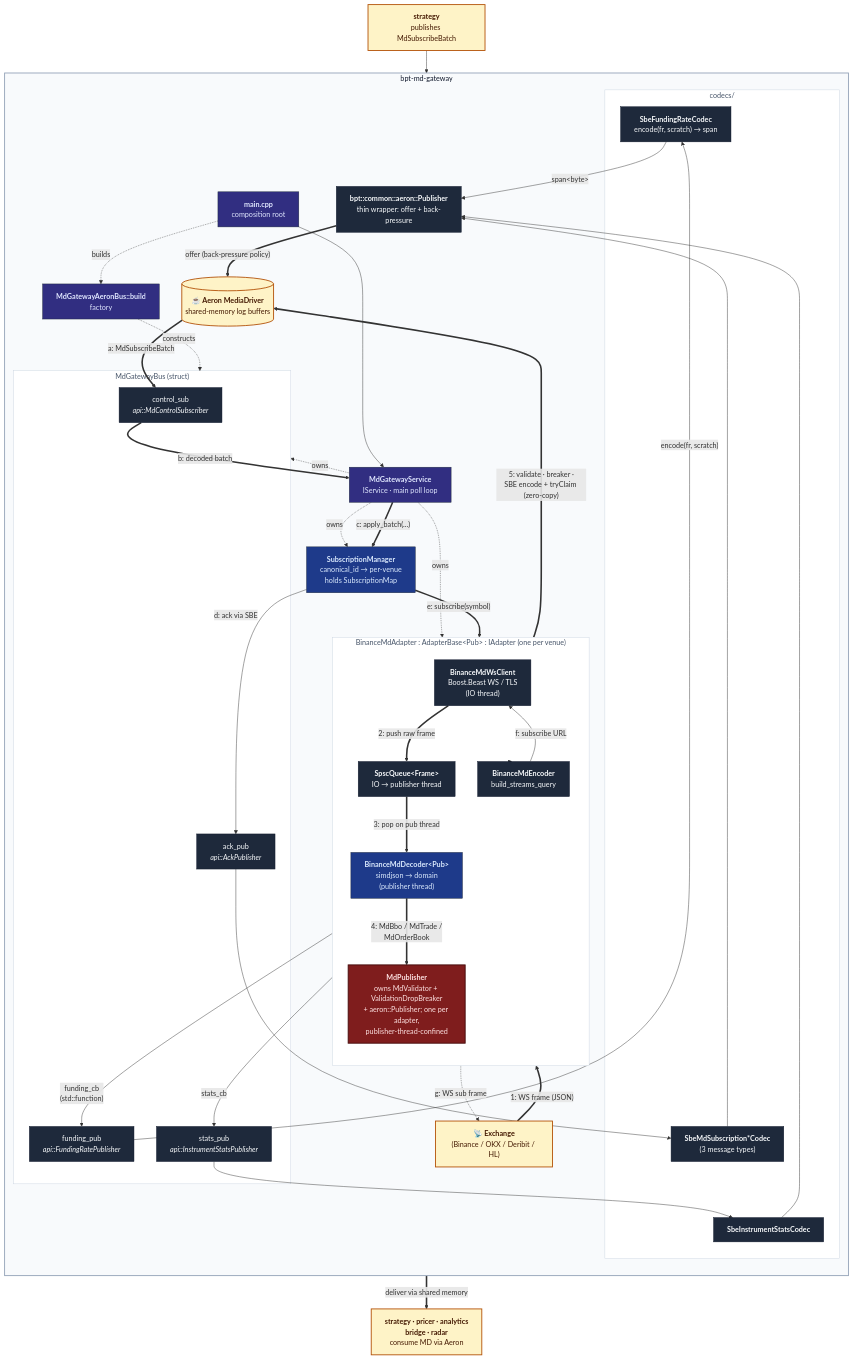
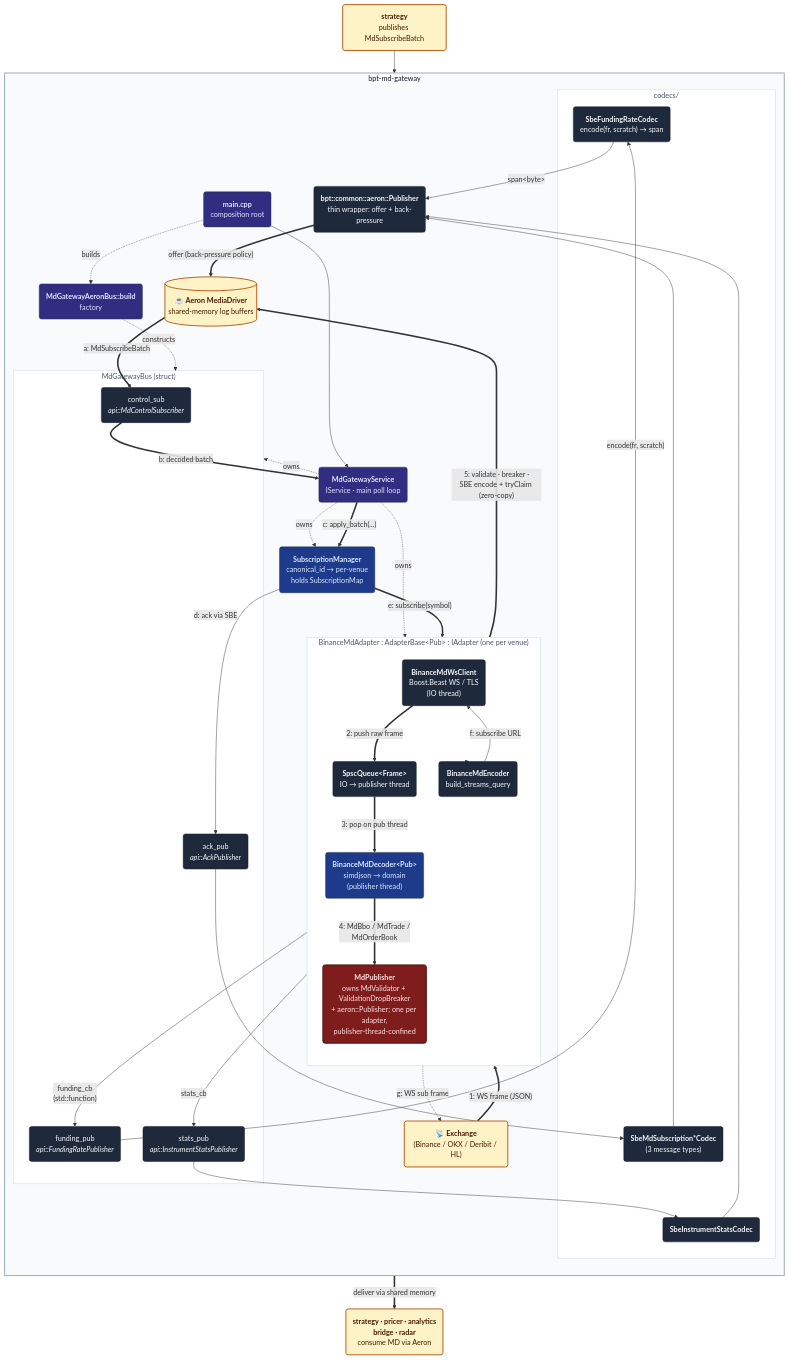
One commit to bishanparktrading/bpt-core changed the second of 2 diagrams in bpt-md-gateway/README.md. Above: the diagram before and after it, drawn with Mermaid. The commit also changed other lines of this file, not shown here.

First line of the commit message:
mdgw: redesign at-a-glance diagram (trading-terminal palette)

```diff
--- a/bpt-md-gateway/README.md
+++ b/bpt-md-gateway/README.md
@@ -82,43 +116,43 @@
   }
 }}%%
 flowchart TD
-    venue["📡 <b>Exchange</b><br/>(Binance / OKX / Deribit / HL)"]
-    strat_in["<b>strategy</b><br/>publishes MdSubscribeBatch"]
-    consumers["<b>strategy · pricer · analytics<br/>bridge · radar</b><br/>consume MD via Aeron"]
+    venue("📡 <b>Exchange</b><br/>(Binance / OKX / Deribit / HL)")
+    strat_in("<b>strategy</b><br/>publishes MdSubscribeBatch")
+    consumers("<b>strategy · pricer · analytics<br/>bridge · radar</b><br/>consume MD via Aeron")
     aeron[("☕ <b>Aeron MediaDriver</b><br/>shared-memory log buffers")]
 
     subgraph mdgw["bpt-md-gateway"]
         direction TB
 
-        main["<b>main.cpp</b><br/>composition root"]
-        service["<b>MdGatewayService</b><br/>IService · main poll loop"]
-        factory["<b>MdGatewayAeronBus::build</b><br/>factory"]
+        main("<b>main.cpp</b><br/>composition root")
+        service("<b>MdGatewayService</b><br/>IService · main poll loop")
+        factory("<b>MdGatewayAeronBus::build</b><br/>factory")
 
         subgraph bus["MdGatewayBus (struct)"]
-            ctrl_sub["control_sub<br/><i>api::MdControlSubscriber</i>"]
-            ack_pub["ack_pub<br/><i>api::AckPublisher</i>"]
-            funding_pub["funding_pub<br/><i>api::FundingRatePublisher</i>"]
-            stats_pub["stats_pub<br/><i>api::InstrumentStatsPublisher</i>"]
+            ctrl_sub("control_sub<br/><i>api::MdControlSubscriber</i>")
+            ack_pub("ack_pub<br/><i>api::AckPublisher</i>")
+            funding_pub("funding_pub<br/><i>api::FundingRatePublisher</i>")
+            stats_pub("stats_pub<br/><i>api::InstrumentStatsPublisher</i>")
         end
 
-        sub_mgr["<b>SubscriptionManager</b><br/>canonical_id → per-venue<br/>holds SubscriptionMap"]
+        sub_mgr("<b>SubscriptionManager</b><br/>canonical_id → per-venue<br/>holds SubscriptionMap")
 
         subgraph adapter["BinanceMdAdapter : AdapterBase&lt;Pub&gt; : IAdapter (one per venue)"]
             direction TB
-            ws_client["<b>BinanceMdWsClient</b><br/>Boost.Beast WS / TLS<br/>(IO thread)"]
-            queue["<b>SpscQueue&lt;Frame&gt;</b><br/>IO → publisher thread"]
-            decoder["<b>BinanceMdDecoder&lt;Pub&gt;</b><br/>simdjson → domain<br/>(publisher thread)"]
-            md_pub["<b>MdPublisher</b><br/>owns MdValidator + ValidationDropBreaker<br/>+ aeron::Publisher; one per adapter,<br/>publisher-thread-confined"]
-            encoder["<b>BinanceMdEncoder</b><br/>build_streams_query"]
+            ws_client("<b>BinanceMdWsClient</b><br/>Boost.Beast WS / TLS<br/>(IO thread)")
+            queue("<b>SpscQueue&lt;Frame&gt;</b><br/>IO → publisher thread")
+            decoder("<b>BinanceMdDecoder&lt;Pub&gt;</b><br/>simdjson → domain<br/>(publisher thread)")
+            md_pub("<b>MdPublisher</b><br/>owns MdValidator + ValidationDropBreaker<br/>+ aeron::Publisher; one per adapter,<br/>publisher-thread-confined")
+            encoder("<b>BinanceMdEncoder</b><br/>build_streams_query")
         end
 
         subgraph codecs["codecs/"]
-            sbe_funding["<b>SbeFundingRateCodec</b><br/>encode(fr, scratch) → span"]
-            sbe_stats["<b>SbeInstrumentStatsCodec</b>"]
-            sbe_ack["<b>SbeMdSubscription*Codec</b><br/>(3 message types)"]
+            sbe_funding("<b>SbeFundingRateCodec</b><br/>encode(fr, scratch) → span")
+            sbe_stats("<b>SbeInstrumentStatsCodec</b>")
+            sbe_ack("<b>SbeMdSubscription*Codec</b><br/>(3 message types)")
         end
 
-        common_pub["<b>bpt::common::aeron::Publisher</b><br/>thin wrapper: offer + back-pressure"]
+        common_pub("<b>bpt::common::aeron::Publisher</b><br/>thin wrapper: offer + back-pressure")
 
         main --> service
         main -.builds.-> factory
```
